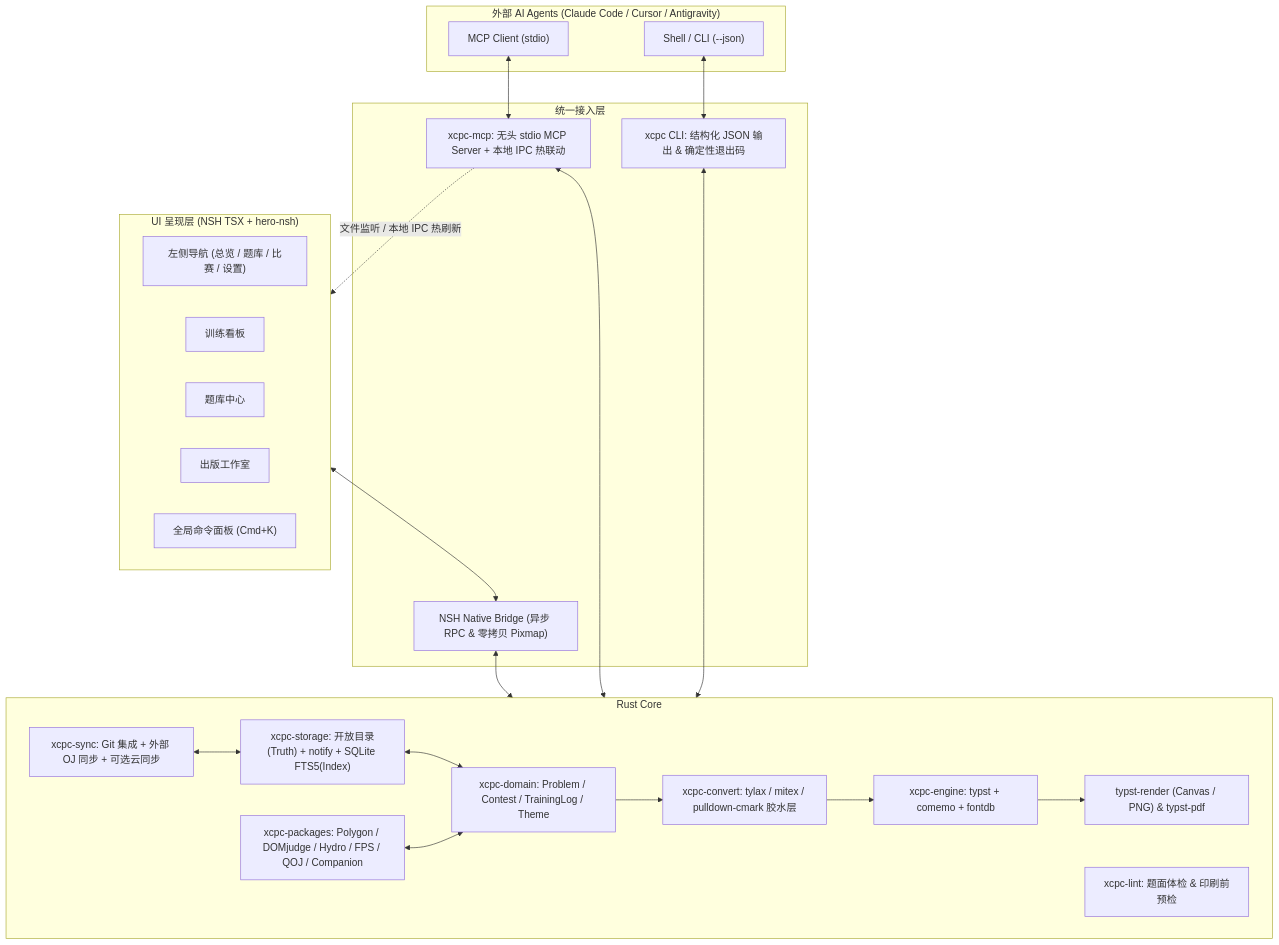
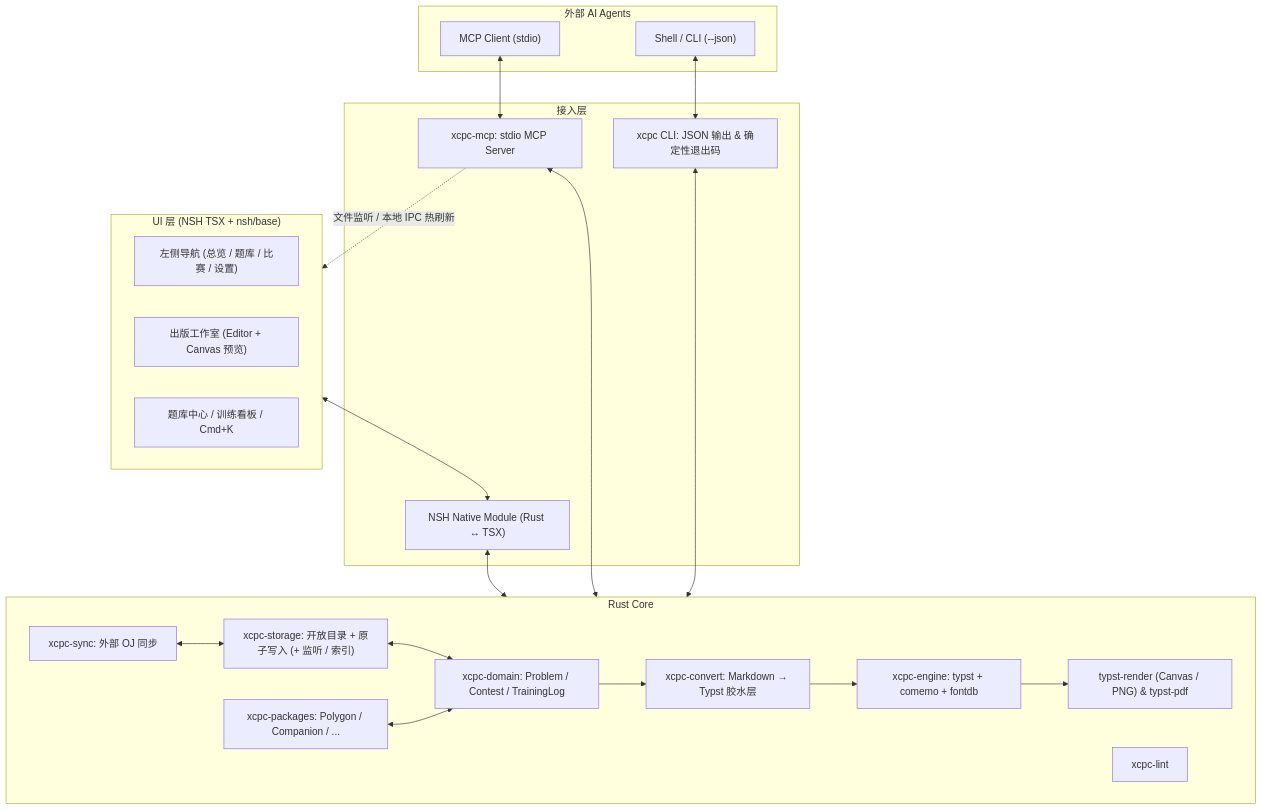
Before and after one commit to lihaoze123/xcpc-workstation: the first of 3 diagrams in docs/architecture.md, drawn with Mermaid. The commit also changed other lines of this file and 8 other files, not shown here.

````diff
--- a/docs/architecture.md
+++ b/docs/architecture.md
@@ -20,46 +22,44 @@
 ```mermaid
 flowchart TD
-    subgraph Agents["外部 AI Agents (Claude Code / Cursor / Antigravity)"]
+    subgraph Agents["外部 AI Agents"]
         MCPClient["MCP Client (stdio)"]
         CLICaller["Shell / CLI (--json)"]
     end
 
-    subgraph UI["UI 呈现层 (NSH TSX + hero-nsh)"]
+    subgraph UI["UI 层 (NSH TSX + nsh/base)"]
         Rail["左侧导航 (总览 / 题库 / 比赛 / 设置)"]
-        Dash["训练看板"]
-        Bank["题库中心"]
-        Studio["出版工作室"]
-        Cmd["全局命令面板 (Cmd+K)"]
+        Studio["出版工作室 (Editor + Canvas 预览)"]
+        Others["题库中心 / 训练看板 / Cmd+K"]
     end
 
-    subgraph Entry["统一接入层"]
-        Bridge["NSH Native Bridge (异步 RPC & 零拷贝 Pixmap)"]
-        MCP["xcpc-mcp: 无头 stdio MCP Server + 本地 IPC 热联动"]
-        CLI["xcpc CLI: 结构化 JSON 输出 & 确定性退出码"]
+    subgraph Entry["接入层"]
+        Bridge["NSH Native Module (Rust ↔ TSX)"]
+        MCP["xcpc-mcp: stdio MCP Server"]
+        CLI["xcpc CLI: JSON 输出 & 确定性退出码"]
     end
 
     subgraph Core["Rust Core"]
-        Store["xcpc-storage: 开放目录(Truth) + notify + SQLite FTS5(Index)"]
-        Model["xcpc-domain: Problem / Contest / TrainingLog / Theme"]
-        Conv["xcpc-convert: tylax / mitex / pulldown-cmark 胶水层"]
-        Lint["xcpc-lint: 题面体检 & 印刷前预检"]
+        Store["xcpc-storage: 开放目录 + 原子写入 (+ 监听 / 索引)"]
+        Model["xcpc-domain: Problem / Contest / TrainingLog"]
+        Conv["xcpc-convert: Markdown → Typst 胶水层"]
+        Lint["xcpc-lint"]
         Engine["xcpc-engine: typst + comemo + fontdb"]
         Render["typst-render (Canvas / PNG) & typst-pdf"]
-        Pkg["xcpc-packages: Polygon / DOMjudge / Hydro / FPS / QOJ / Companion"]
-        Sync["xcpc-sync: Git 集成 + 外部 OJ 同步 + 可选云同步"]
+        Pkg["xcpc-packages: Polygon / Companion / ..."]
+        Sync["xcpc-sync: 外部 OJ 同步"]
     end
 
     UI <--> Bridge
     MCPClient <--> MCP
     CLICaller <--> CLI
     Bridge <--> Core
     MCP <--> Core
     CLI <--> Core
     MCP -.->|"文件监听 / 本地 IPC 热刷新"| UI
     Store <--> Model
     Model --> Conv
     Conv --> Engine
     Engine --> Render
     Pkg <--> Model
     Sync <--> Store
 ```
````
